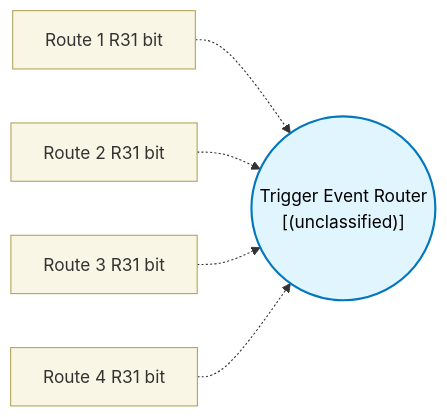
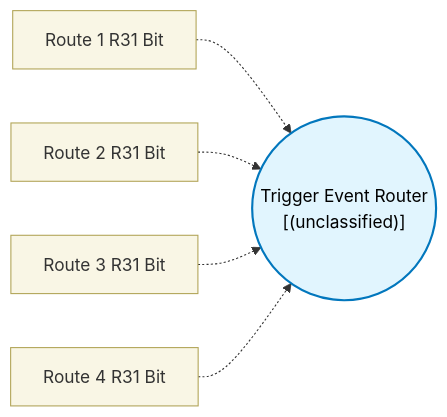
Before and after one commit to TexasInstruments/pru-no-code-tool: the diagram in docs/block-reference/blocks/trigger_router_block/design.md, drawn with Mermaid. The commit also changed other lines of this file and 89 other files, not shown here.

````diff
--- a/docs/block-reference/blocks/trigger_router_block/design.md
+++ b/docs/block-reference/blocks/trigger_router_block/design.md
@@ -11,10 +11,10 @@
 ```mermaid
 flowchart LR
   classDef config fill:#f9f6e5,stroke:#b1a457,stroke-width:1px,color:#333;
   classDef core fill:#e1f5fe,stroke:#0277bd,stroke-width:2px,color:#000;
   CORE(("Trigger Event Router\n[(unclassified)]")):::core
-  CFG0["Route 1 R31 bit"]:::config -.-> CORE
-  CFG1["Route 2 R31 bit"]:::config -.-> CORE
-  CFG2["Route 3 R31 bit"]:::config -.-> CORE
-  CFG3["Route 4 R31 bit"]:::config -.-> CORE
+  CFG0["Route 1 R31 Bit"]:::config -.-> CORE
+  CFG1["Route 2 R31 Bit"]:::config -.-> CORE
+  CFG2["Route 3 R31 Bit"]:::config -.-> CORE
+  CFG3["Route 4 R31 Bit"]:::config -.-> CORE
 ```
````
